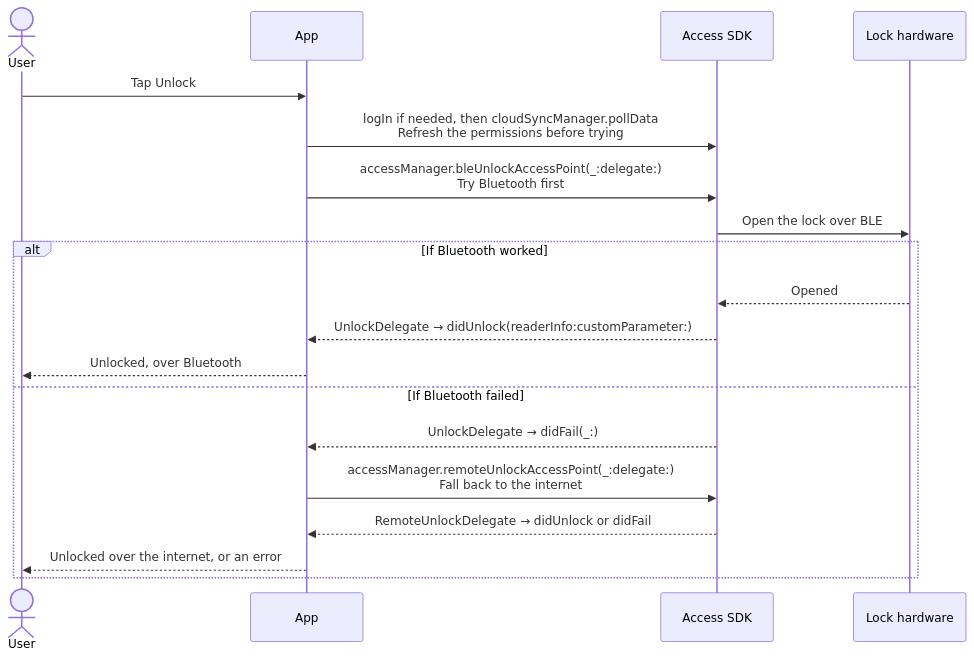
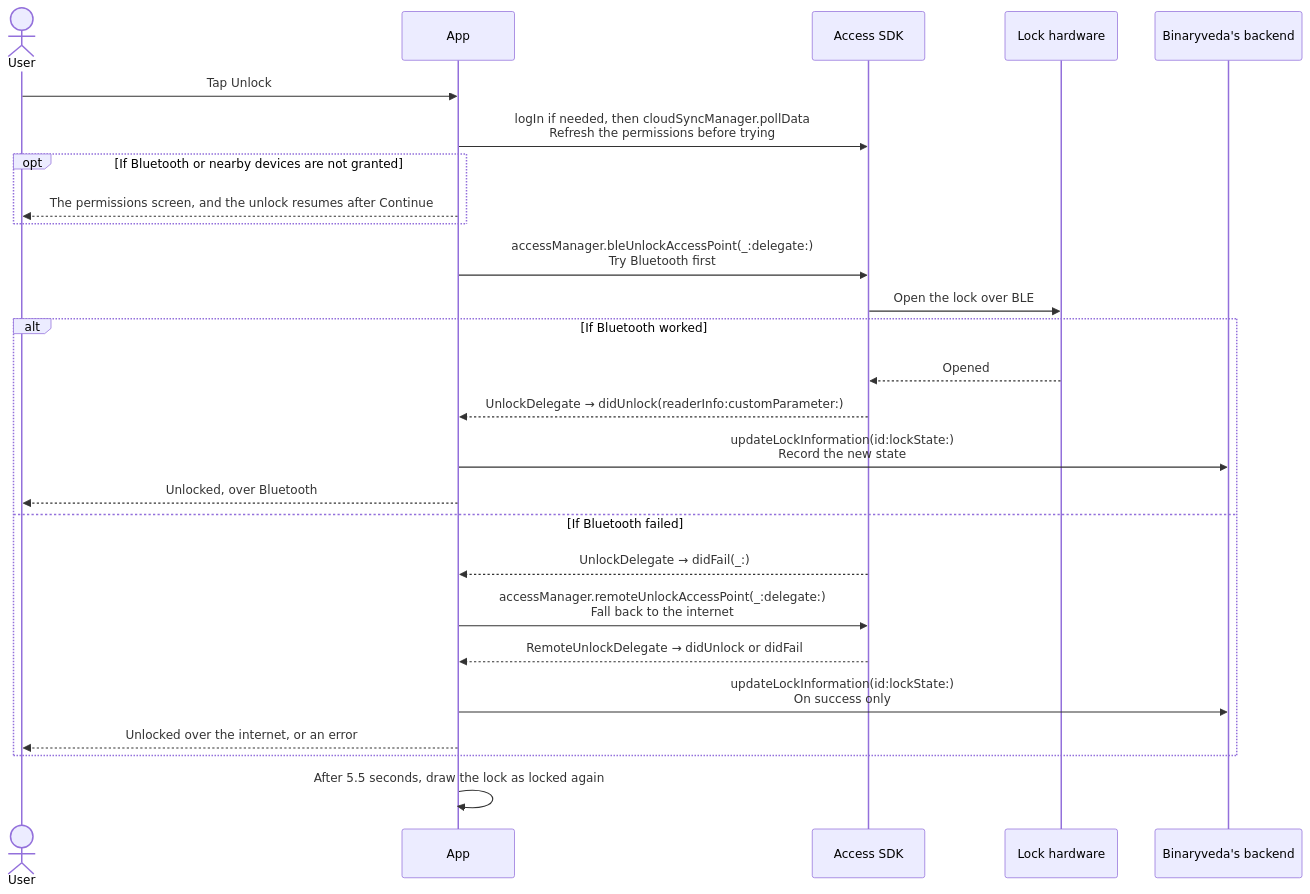
One commit to Yash-Wadatkar-Binaryveda/sdk-docs-site changed the sixth of 7 diagrams in docs/home.md. Above: the diagram before and after it, drawn with Mermaid. The commit also changed other lines of this file and 5 other files, not shown here.

````diff
--- a/docs/home.md
+++ b/docs/home.md
@@ -189,22 +196,29 @@
     ```mermaid
     sequenceDiagram
         actor U as User
         participant A as App
         participant S as Access SDK
         participant L as Lock hardware
+        participant B as Binaryveda's backend
 
         U->>A: Tap Unlock
         A->>S: logIn if needed, then cloudSyncManager.pollData<br/>Refresh the permissions before trying
+        opt If Bluetooth or nearby devices are not granted
+            A-->>U: The permissions screen, and the unlock resumes after Continue
+        end
         A->>S: accessManager.bleUnlockAccessPoint(_:delegate:)<br/>Try Bluetooth first
         S->>L: Open the lock over BLE
         alt If Bluetooth worked
             L-->>S: Opened
             S-->>A: UnlockDelegate → didUnlock(readerInfo:customParameter:)
+            A->>B: updateLockInformation(id:lockState:)<br/>Record the new state
             A-->>U: Unlocked, over Bluetooth
         else If Bluetooth failed
             S-->>A: UnlockDelegate → didFail(_:)
             A->>S: accessManager.remoteUnlockAccessPoint(_:delegate:)<br/>Fall back to the internet
             S-->>A: RemoteUnlockDelegate → didUnlock or didFail
+            A->>B: updateLockInformation(id:lockState:)<br/>On success only
             A-->>U: Unlocked over the internet, or an error
         end
+        A->>A: After 5.5 seconds, draw the lock as locked again
     ```
````
